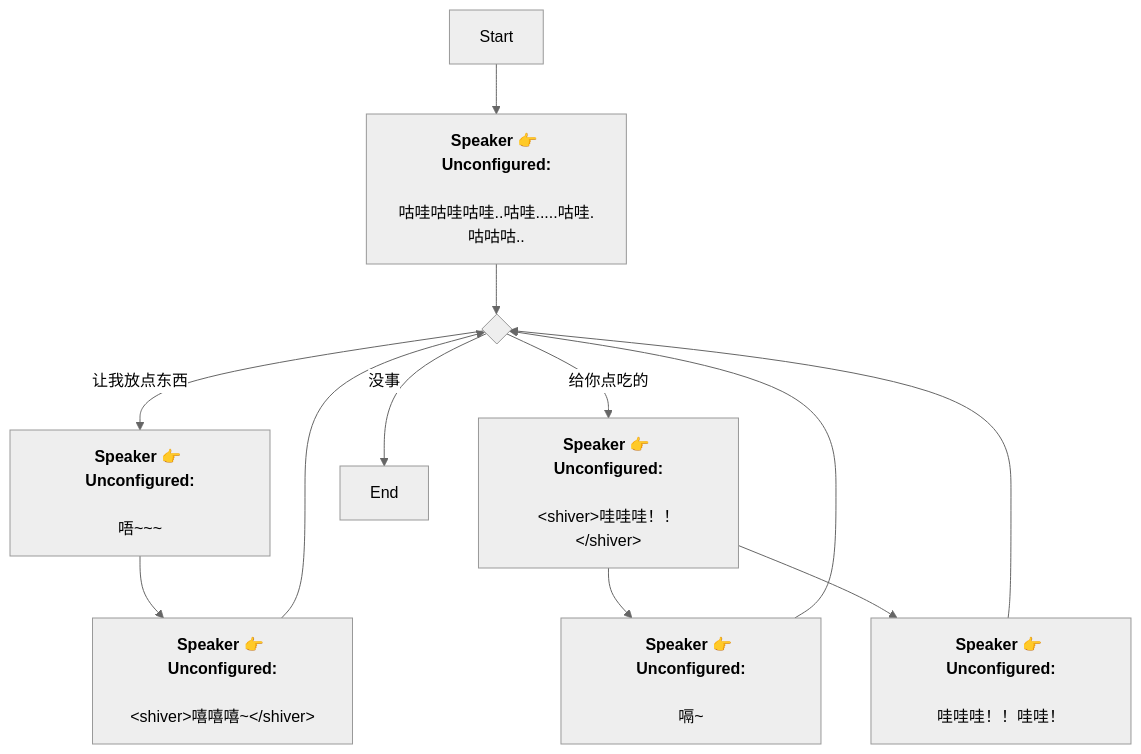
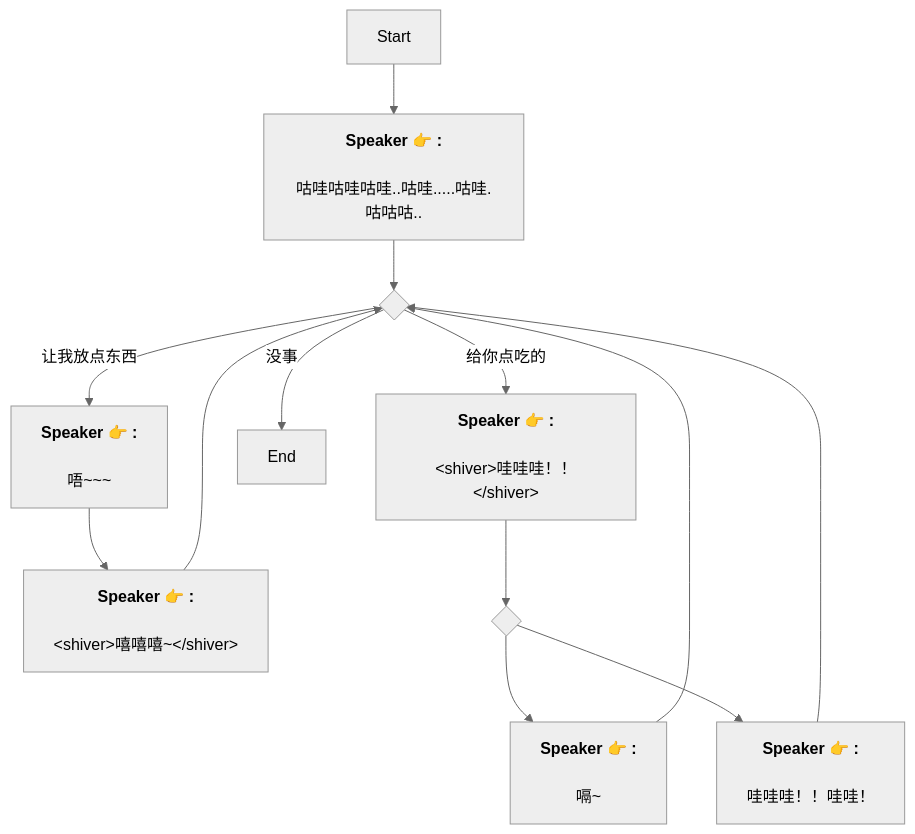
Before and after one commit to SoftHu/tos_avg: the diagram in Zh/StorageYokai.md, drawn with Mermaid (neutral theme). The commit also changed 737 other files, not shown here.

````diff
--- a/Zh/StorageYokai.md
+++ b/Zh/StorageYokai.md
@@ -1,27 +1,22 @@
 ```mermaid
 graph
-Start -->1752084604837205[<b>Speaker 👉 Unconfigured:</b>
+Start -->1752084604837205[<b>Speaker 👉 :</b>
+\n咕哇咕哇咕哇..咕哇.....咕哇.咕咕咕..]
+1752084604837205 -->438021151209301{ }
+1752084710409563 -->1752084894755167[<b>Speaker 👉 :</b>
+\n&lt;shiver&gt;嘻嘻嘻~&lt;/shiver&gt;]
+438021151209301 -->|让我放点东西|1752084710409563[<b>Speaker 👉 :</b>
+\n唔~~~]
+438021151209301 -->|给你点吃的|1752084779787612[<b>Speaker 👉 :</b>
+\n&lt;shiver&gt;哇哇哇！！&lt;/shiver&gt;]
+438021151209301 -->|没事|1752084951119202[End]
+1752084894755167 -->438021151209301{ }
+1752084779787612 -->1752153236225377{ }
+1752153236225377 -->1752084858577246[<b>Speaker 👉 :</b>
+\n嗝~]
+1752153236225377 -->1752153314952546[<b>Speaker 👉 :</b>
+\n哇哇哇！！哇哇！]
+1752084858577246 -->438021151209301{ }
+1752153314952546 -->438021151209301{ }
 
-咕哇咕哇咕哇..咕哇.....咕哇.咕咕咕..]
-1752084604837205 -->1752084651924822{ }
-1752084651924822 -->|让我放点东西|1752084710409563[<b>Speaker 👉 Unconfigured:</b>
-
-唔~~~]
-1752084651924822 -->|给你点吃的|1752084779787612[<b>Speaker 👉 Unconfigured:</b>
-
-&lt;shiver&gt;哇哇哇！！&lt;/shiver&gt;]
-1752084651924822 -->|没事|1752084951119202[End]
-1752084710409563 -->1752084894755167[<b>Speaker 👉 Unconfigured:</b>
-
-&lt;shiver&gt;嘻嘻嘻~&lt;/shiver&gt;]
-1752084894755167 -->1752084651924822{ }
-1752084779787612 -->1752084858577246[<b>Speaker 👉 Unconfigured:</b>
-
-嗝~]
-1752084779787612 -->1752153314952546[<b>Speaker 👉 Unconfigured:</b>
-
-哇哇哇！！哇哇！]
-1752084858577246 -->1752084651924822{ }
-1752153314952546 -->1752084651924822{ }
-
- ```
+```
````
